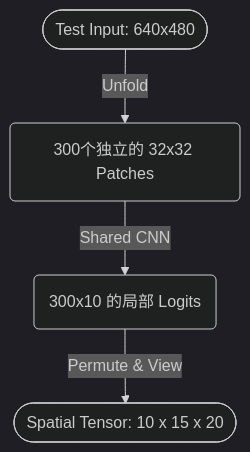
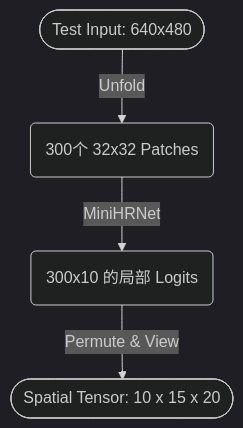
One commit to EthanAha-ctrl/snake-rl changed the second of 2 diagrams in projectd/reference/project7/MIL_Patch_CNN_设计文档.md. Above: the diagram before and after it, drawn with Mermaid (dark theme). The commit also changed other lines of this file and 3 other files, not shown here.

````diff
--- a/projectd/reference/project7/MIL_Patch_CNN_设计文档.md
+++ b/projectd/reference/project7/MIL_Patch_CNN_设计文档.md
@@ -87,6 +81,6 @@
 ```mermaid
 graph TD
-    A([Test Input: 640x480]) -->|Unfold| B(300个独立的 32x32 Patches)
-    B -->|Shared CNN| C(300x10 的局部 Logits)
+    A([Test Input: 640x480]) -->|Unfold| B(300个 32x32 Patches)
+    B -->|MiniHRNet| C(300x10 的局部 Logits)
     C -->|Permute & View| D([Spatial Tensor: 10 x 15 x 20])
 ```
````
